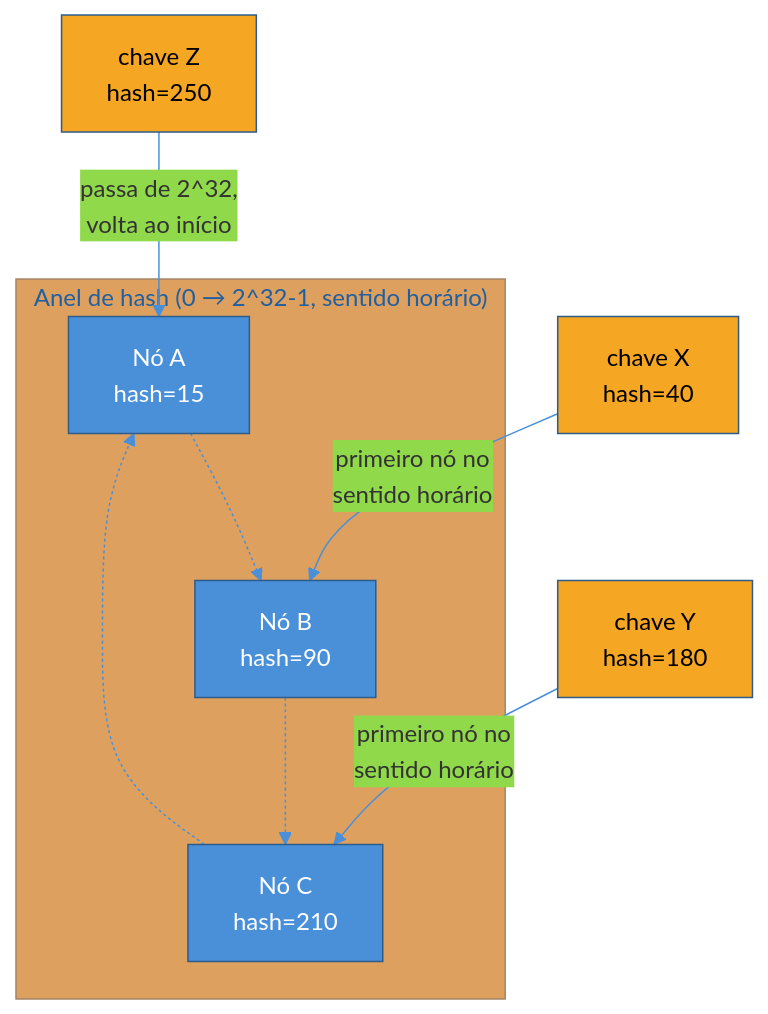
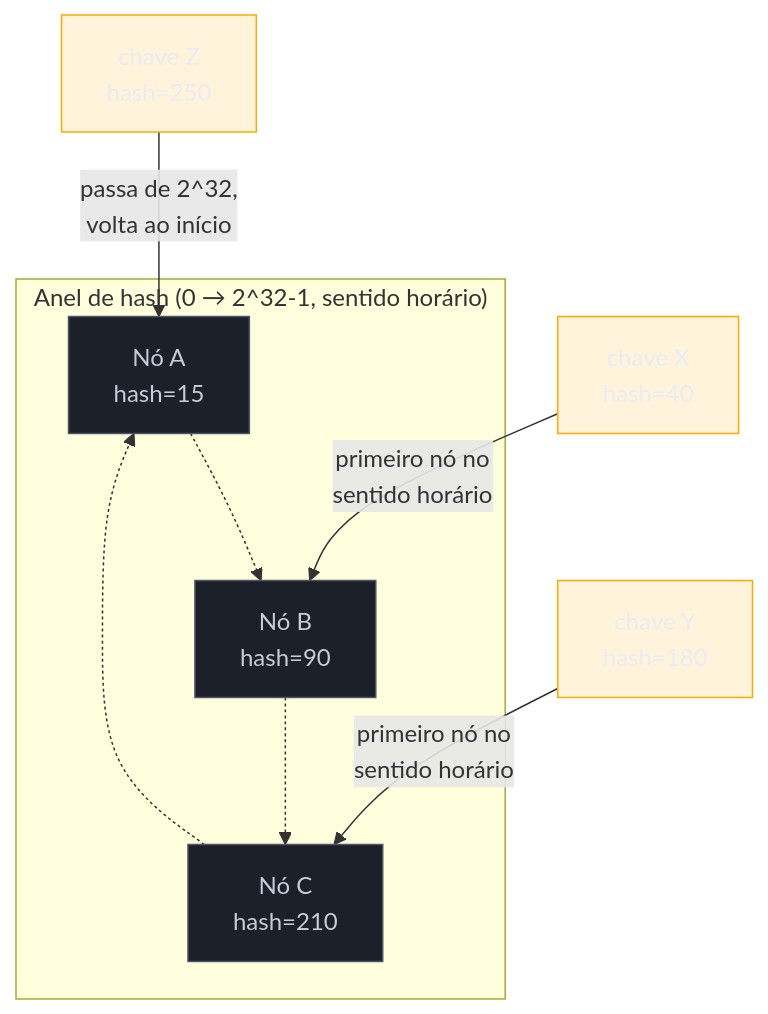
The second of 4 diagrams in 03-Dominios/Engenharia/Arquitetura/System Design/2 - Building blocks/04 - Sharding e Consistent Hashing.md (josenaldo/codex-technomanticus), drawn with Mermaid before and after one commit. The commit also changed other lines of this file and 1181 other files, not shown here.

First line of the commit message:
fix(diagramas): paleta do sistema no lugar de cor cravada no markdown

````diff
--- a/03-Dominios/Engenharia/Arquitetura/System Design/2 - Building blocks/04 - Sharding e Consistent Hashing.md
+++ b/03-Dominios/Engenharia/Arquitetura/System Design/2 - Building blocks/04 - Sharding e Consistent Hashing.md
@@ -119,20 +118,21 @@
 ```mermaid
-%%{init: {"theme": "base", "themeVariables": {"primaryColor": "#4A90D9", "primaryBorderColor": "#2E5C8A", "lineColor": "#4A90D9"}}}%%
 graph TD
+    classDef neutro fill:#1B2029,stroke:#4E5666,color:#C6CCD8
+    classDef destaque fill:#FFAA0024,stroke:#FFAA00,color:#E9ECF2
     subgraph Anel["Anel de hash (0 → 2^32-1, sentido horário)"]
         N1["Nó A<br/>hash=15"]
         N2["Nó B<br/>hash=90"]
         N3["Nó C<br/>hash=210"]
         N1 -.-> N2 -.-> N3 -.-> N1
     end
     K1["chave X<br/>hash=40"] -->|"primeiro nó no<br/>sentido horário"| N2
     K2["chave Y<br/>hash=180"] -->|"primeiro nó no<br/>sentido horário"| N3
     K3["chave Z<br/>hash=250"] -->|"passa de 2^32,<br/>volta ao início"| N1
 
-    style N1 fill:#4A90D9,color:#fff
-    style N2 fill:#4A90D9,color:#fff
-    style N3 fill:#4A90D9,color:#fff
-    style K1 fill:#F5A623,color:#000
-    style K2 fill:#F5A623,color:#000
-    style K3 fill:#F5A623,color:#000
+    class N1 neutro
+    class N2 neutro
+    class N3 neutro
+    class K1 destaque
+    class K2 destaque
+    class K3 destaque
 ```
````
